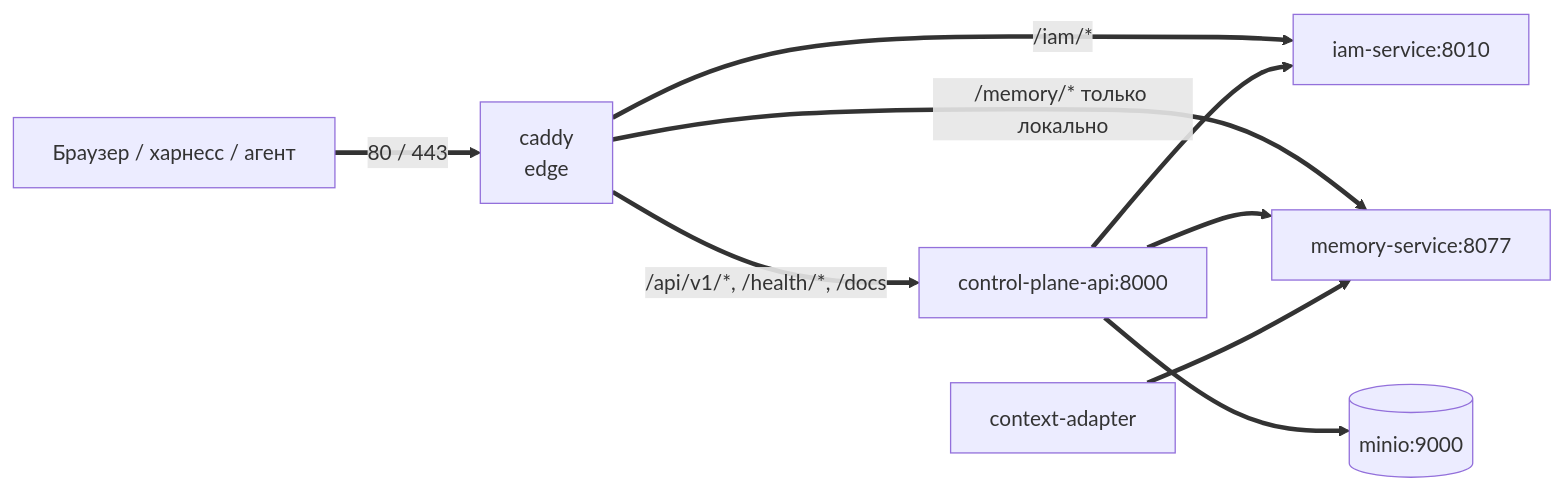
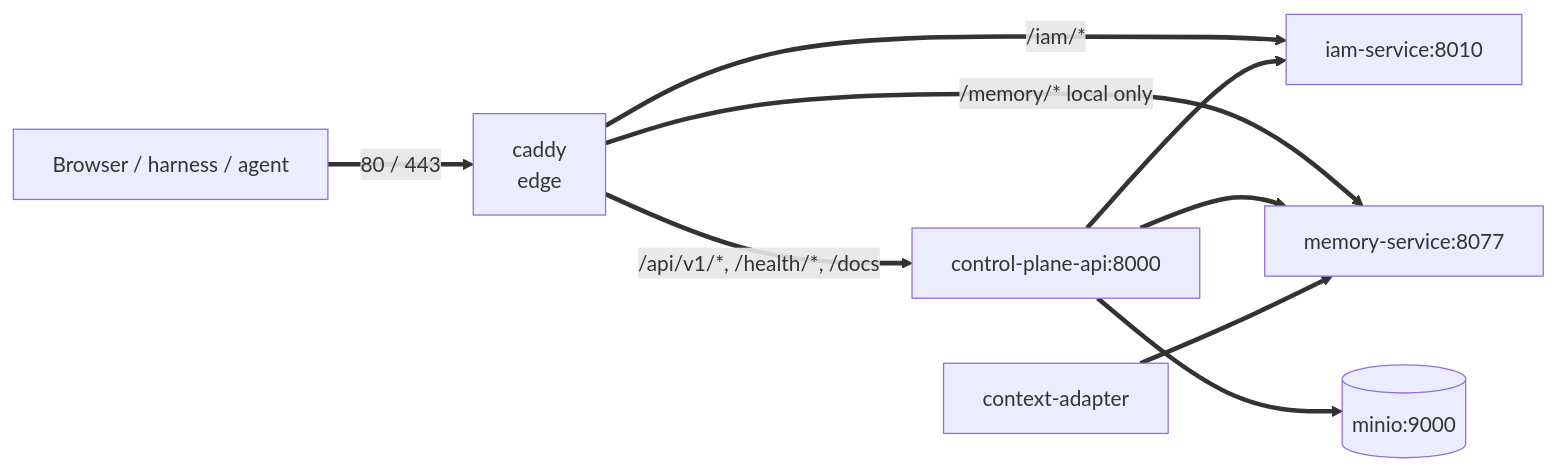
The diagram in guide/docs/reference/services-and-ports.md (monthu56/taimen), drawn with Mermaid before and after one commit. The commit also changed other lines of this file and 183 other files, not shown here.

````diff
--- a/guide/docs/reference/services-and-ports.md
+++ b/guide/docs/reference/services-and-ports.md
@@ -12,11 +13,11 @@
 ```mermaid
 flowchart LR
-    B[Браузер / харнесс / агент] ==>|80 / 443| CADDY[caddy<br/>edge]
+    B[Browser / harness / agent] ==>|80 / 443| CADDY[caddy<br/>edge]
     CADDY ==>|/iam/*| IAM[iam-service:8010]
     CADDY ==>|/api/v1/*, /health/*, /docs| CP[control-plane-api:8000]
-    CADDY ==>|/memory/* только локально| MEM[memory-service:8077]
+    CADDY ==>|/memory/* local only| MEM[memory-service:8077]
     CP ==> MEM
     CP ==> MINIO[(minio:9000)]
     CP ==> IAM
     CA[context-adapter] ==> MEM
 ```
````
